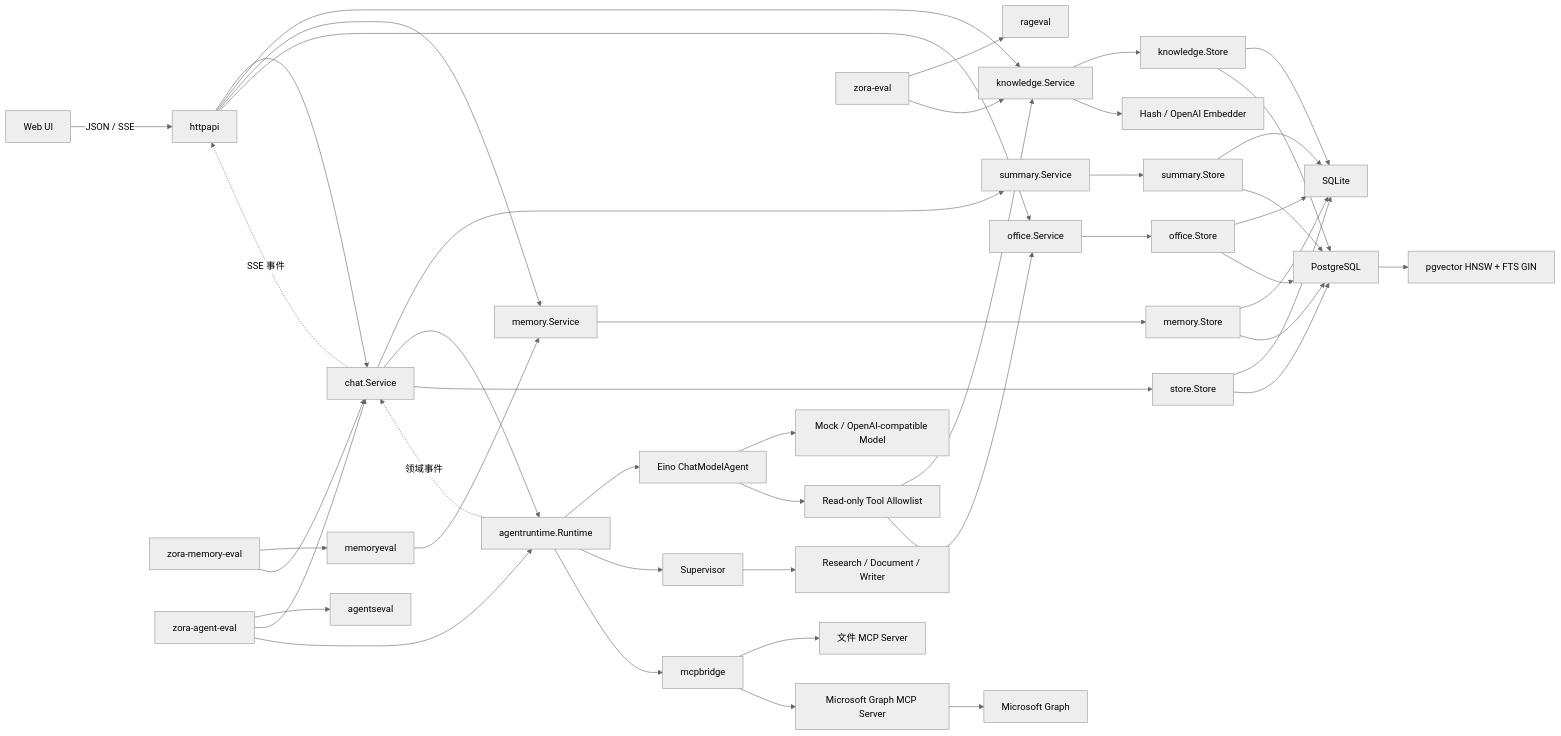
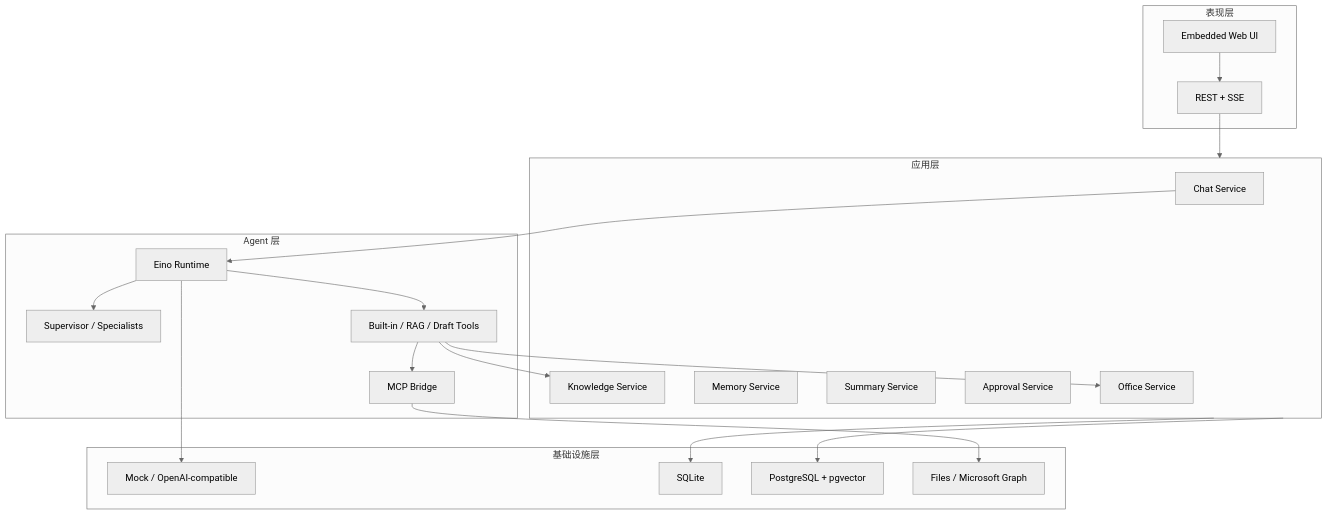
The ninth of 9 diagrams in docs/project-analysis.md (zora-DD/zora), drawn with Mermaid (neutral theme) before and after one commit. The commit also changed other lines of this file and 35 other files, not shown here.

````diff
--- a/docs/project-analysis.md
+++ b/docs/project-analysis.md
@@ -544,49 +551,39 @@
 ```mermaid
-flowchart LR
-    Browser["Web UI"] -->|"JSON / SSE"| HTTP["httpapi"]
-    HTTP --> Chat["chat.Service"]
-    HTTP --> Knowledge["knowledge.Service"]
-    HTTP --> Memory["memory.Service"]
-    HTTP --> Office["office.Service"]
-    Chat --> Summary["summary.Service"]
-    Chat --> Runtime["agentruntime.Runtime"]
-    Runtime --> ADK["Eino ChatModelAgent"]
-    ADK --> Model["Mock / OpenAI-compatible Model"]
-    ADK --> Tools["Read-only Tool Allowlist"]
+flowchart TB
+    subgraph Presentation["表现层"]
+        Web["Embedded Web UI"]
+        HTTP["REST + SSE"]
+    end
+    subgraph Application["应用层"]
+        Chat["Chat Service"]
+        Knowledge["Knowledge Service"]
+        Memory["Memory Service"]
+        Summary["Summary Service"]
+        Approval["Approval Service"]
+        Office["Office Service"]
+    end
+    subgraph Agent["Agent 层"]
+        Runtime["Eino Runtime"]
+        Supervisor["Supervisor / Specialists"]
+        Tools["Built-in / RAG / Draft Tools"]
+        MCP["MCP Bridge"]
+    end
+    subgraph Infrastructure["基础设施层"]
+        Models["Mock / OpenAI-compatible"]
+        SQLite["SQLite"]
+        PG["PostgreSQL + pgvector"]
+        External["Files / Microsoft Graph"]
+    end
+    Web --> HTTP
+    HTTP --> Application
+    Chat --> Runtime
+    Runtime --> Supervisor
+    Runtime --> Tools
     Tools --> Knowledge
     Tools --> Office
-    Chat --> Store["store.Store"]
-    Knowledge --> KStore["knowledge.Store"]
-    Memory --> MStore["memory.Store"]
-    Summary --> SStore["summary.Store"]
-    Office --> OStore["office.Store"]
-    Store --> SQLite["SQLite"]
-    KStore --> SQLite
-    MStore --> SQLite
-    SStore --> SQLite
-    OStore --> SQLite
-    Store --> PostgreSQL["PostgreSQL"]
-    KStore --> PostgreSQL
-    MStore --> PostgreSQL
-    SStore --> PostgreSQL
-    OStore --> PostgreSQL
-    PostgreSQL --> PGVector["pgvector HNSW + FTS GIN"]
-    Knowledge --> Embedder["Hash / OpenAI Embedder"]
-    EvalCLI["zora-eval"] --> RAGEval["rageval"]
-    EvalCLI --> Knowledge
-    MemoryEvalCLI["zora-memory-eval"] --> MemoryEval["memoryeval"]
-    MemoryEvalCLI --> Chat
-    MemoryEval --> Memory
-    AgentEvalCLI["zora-agent-eval"] --> AgentEval["agentseval"]
-    AgentEvalCLI --> Chat
-    AgentEvalCLI --> Runtime
-    Runtime --> Supervisor["Supervisor"]
-    Supervisor --> Specialists["Research / Document / Writer"]
-    Runtime --> MCPBridge["mcpbridge"]
-    MCPBridge --> MCPFiles["文件 MCP Server"]
-    MCPBridge --> MCPMicrosoft["Microsoft Graph MCP Server"]
-    MCPMicrosoft --> Graph["Microsoft Graph"]
-
-    Runtime -. "领域事件" .-> Chat
-    Chat -. "SSE 事件" .-> HTTP
+    Tools --> MCP
+    MCP --> External
+    Application --> SQLite
+    Application --> PG
+    Runtime --> Models
 ```
````
